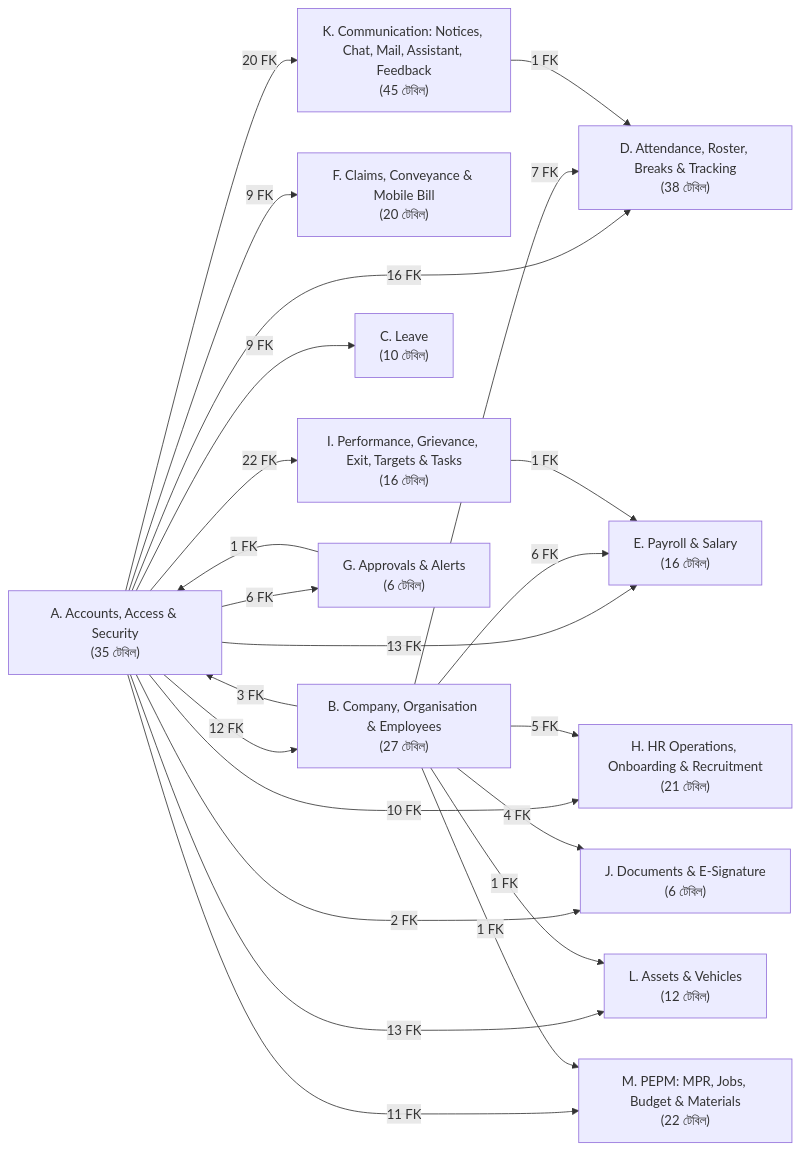
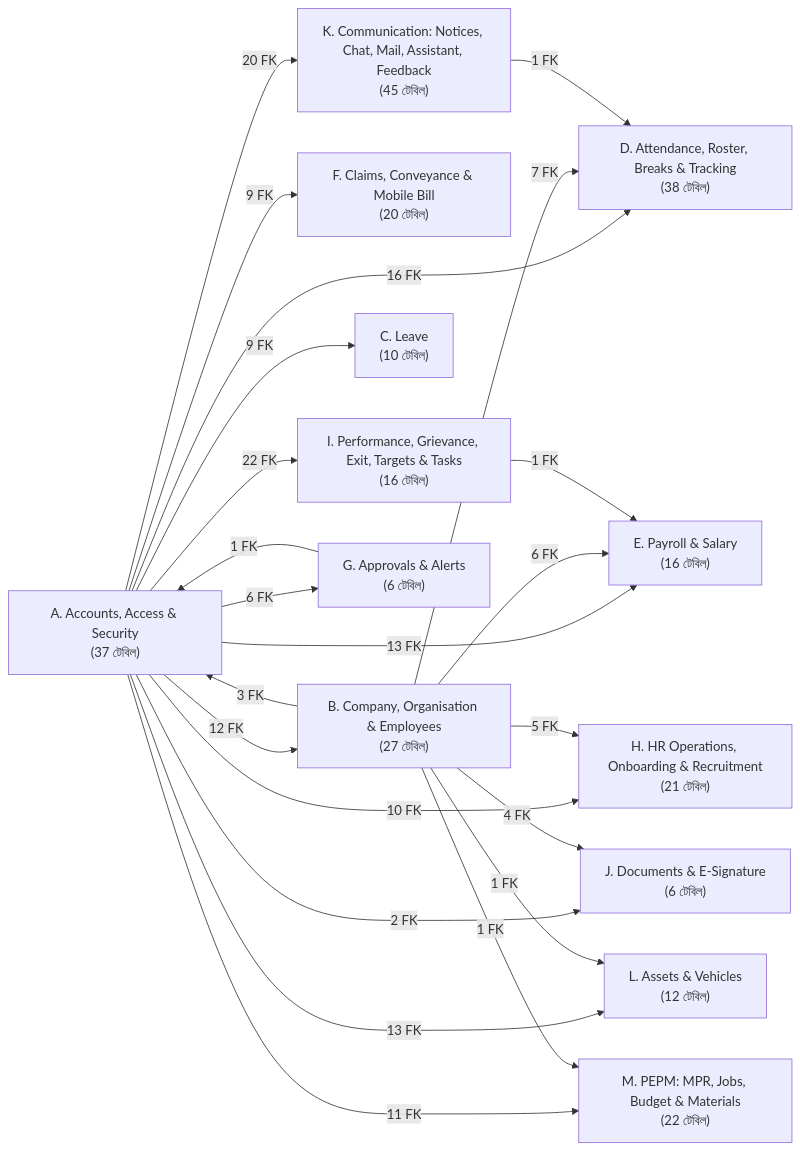
Before and after one commit to ruhulamencredence/CredenceHR: the diagram in docs/architecture/database/diagrams/00-module-map.mmd, drawn with Mermaid. The commit also changed 14 other files, not shown here.

Commit message:
docs: auto-sync architecture docs with 0ab662c

```diff
--- a/docs/architecture/database/diagrams/00-module-map.mmd
+++ b/docs/architecture/database/diagrams/00-module-map.mmd
@@ -1,36 +1,36 @@
 flowchart LR
   K["K. Communication: Notices, Chat, Mail, Assistant, Feedback<br/>(45 টেবিল)"]
   H["H. HR Operations, Onboarding & Recruitment<br/>(21 টেবিল)"]
   D["D. Attendance, Roster, Breaks & Tracking<br/>(38 টেবিল)"]
-  A["A. Accounts, Access & Security<br/>(35 টেবিল)"]
+  A["A. Accounts, Access & Security<br/>(37 টেবিল)"]
   M["M. PEPM: MPR, Jobs, Budget & Materials<br/>(22 টেবিল)"]
   F["F. Claims, Conveyance & Mobile Bill<br/>(20 টেবিল)"]
   B["B. Company, Organisation & Employees<br/>(27 টেবিল)"]
   C["C. Leave<br/>(10 টেবিল)"]
   L["L. Assets & Vehicles<br/>(12 টেবিল)"]
   J["J. Documents & E-Signature<br/>(6 টেবিল)"]
   E["E. Payroll & Salary<br/>(16 টেবিল)"]
   I["I. Performance, Grievance, Exit, Targets & Tasks<br/>(16 টেবিল)"]
   G["G. Approvals & Alerts<br/>(6 টেবিল)"]
   A -->|12 FK| B
   A -->|9 FK| C
   A -->|16 FK| D
   A -->|13 FK| E
   A -->|9 FK| F
   A -->|6 FK| G
   A -->|10 FK| H
   A -->|22 FK| I
   A -->|2 FK| J
   A -->|20 FK| K
   A -->|13 FK| L
   A -->|11 FK| M
   B -->|3 FK| A
   B -->|7 FK| D
   B -->|6 FK| E
   B -->|5 FK| H
   B -->|4 FK| J
   B -->|1 FK| L
   B -->|1 FK| M
   G -->|1 FK| A
   I -->|1 FK| E
   K -->|1 FK| D
```
